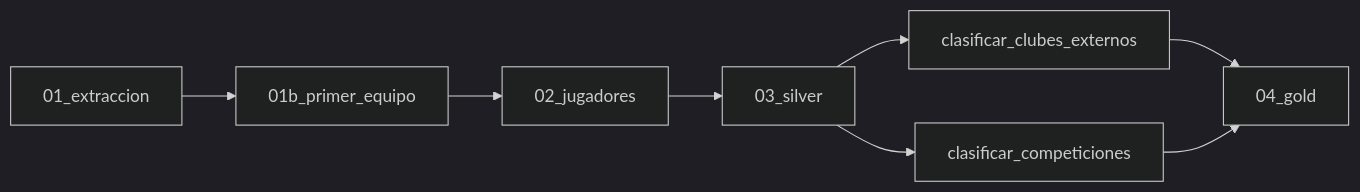
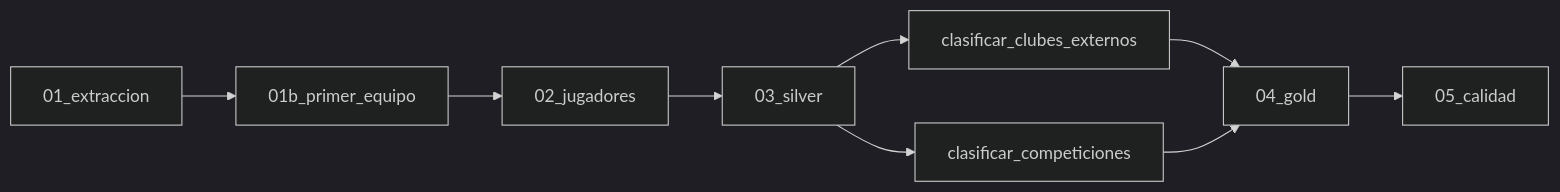
One commit to lautaroignacio/datapipeline_transfermarkt_argentineclubs changed the diagram in README.md. Above: the diagram before and after it, drawn with Mermaid (dark theme). The commit also changed other lines of this file, not shown here.

````diff
--- a/README.md
+++ b/README.md
@@ -32,10 +32,11 @@
 ```mermaid
 flowchart LR
     A[01_extraccion] --> B[01b_primer_equipo]
     B --> C[02_jugadores]
     C --> D[03_silver]
     D --> E[clasificar_clubes_externos]
     D --> F[clasificar_competiciones]
     E --> G[04_gold]
     F --> G
+    G --> H[05_calidad]
 ```
````
